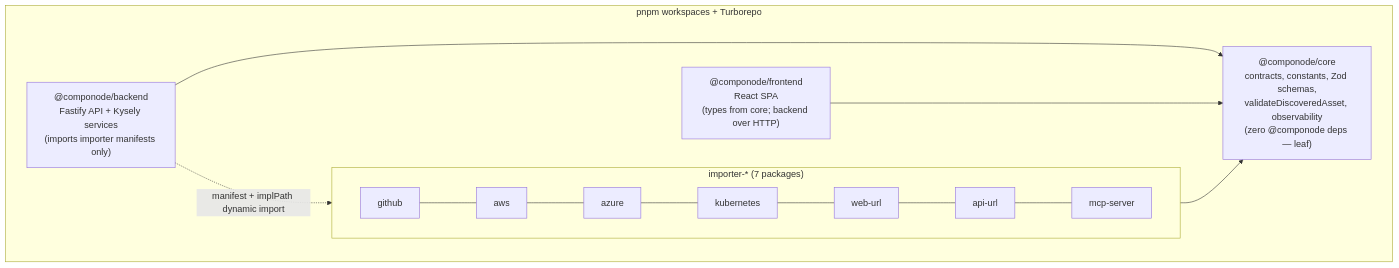
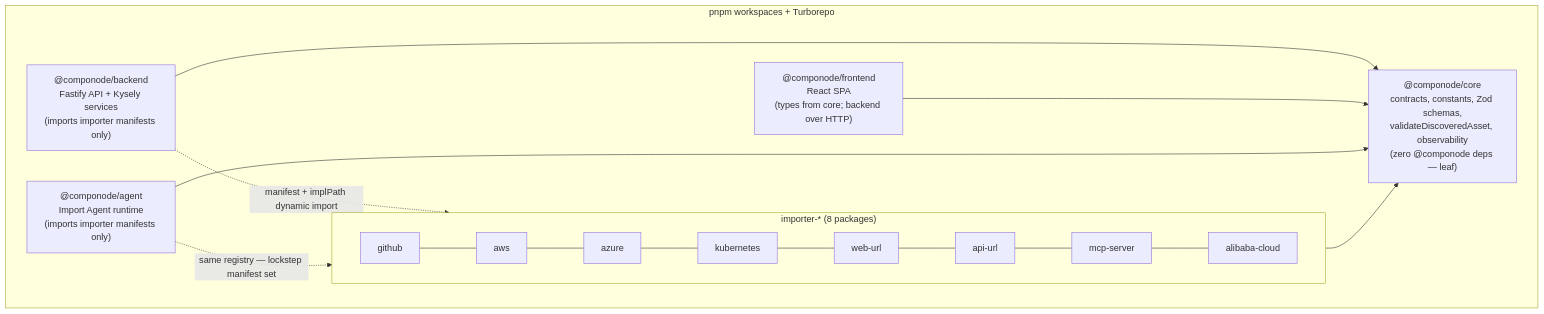
One commit to Componode/componode changed the eighth of 8 diagrams in docs/architecture.md. Above: the diagram before and after it, drawn with Mermaid. The commit also changed other lines of this file and 2 other files, not shown here.

First line of the commit message:
docs(agents): document import agents across architecture and deployment (028)

````diff
--- a/docs/architecture.md
+++ b/docs/architecture.md
@@ -284,20 +362,24 @@
 ```mermaid
 flowchart TD
     subgraph Mono["pnpm workspaces + Turborepo"]
         CORE["@componode/core<br/>contracts, constants, Zod schemas,<br/>validateDiscoveredAsset, observability<br/>(zero @componode deps — leaf)"]
 
         BE["@componode/backend<br/>Fastify API + Kysely services<br/>(imports importer manifests only)"]
 
         FE["@componode/frontend<br/>React SPA<br/>(types from core; backend over HTTP)"]
 
-        subgraph IMPS["importer-* (7 packages)"]
+        AG["@componode/agent<br/>Import Agent runtime<br/>(imports importer manifests only)"]
+
+        subgraph IMPS["importer-* (8 packages)"]
             direction LR
-            IG["github"] --- IA["aws"] --- IZ["azure"] --- IK["kubernetes"] --- IW["web-url"] --- IP["api-url"] --- IM["mcp-server"]
+            IG["github"] --- IA["aws"] --- IZ["azure"] --- IK["kubernetes"] --- IW["web-url"] --- IP["api-url"] --- IM["mcp-server"] --- IB["alibaba-cloud"]
         end
     end
 
     BE --> CORE
     FE --> CORE
+    AG --> CORE
     IMPS --> CORE
     BE -.->|"manifest + implPath dynamic import"| IMPS
+    AG -.->|"same registry — lockstep manifest set"| IMPS
 ```
````
